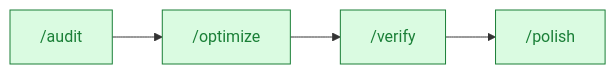
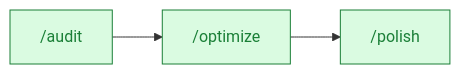
The eighth of 10 diagrams in README.md (DoctorMozg/claude-pipelines), drawn with Mermaid before and after one commit. The commit also changed other lines of this file and 73 other files, not shown here.

````diff
--- a/README.md
+++ b/README.md
@@ -149,7 +145,6 @@
 ```mermaid
 flowchart LR
     A["/audit"]:::pipe --> B["/optimize"]:::pipe
-    B --> C["/verify"]:::pipe
-    C --> D["/polish"]:::pipe
+    B --> C["/polish"]:::pipe
     classDef pipe fill:#dafbe1,stroke:#1a7f37,color:#1a7f37
 ```
````
